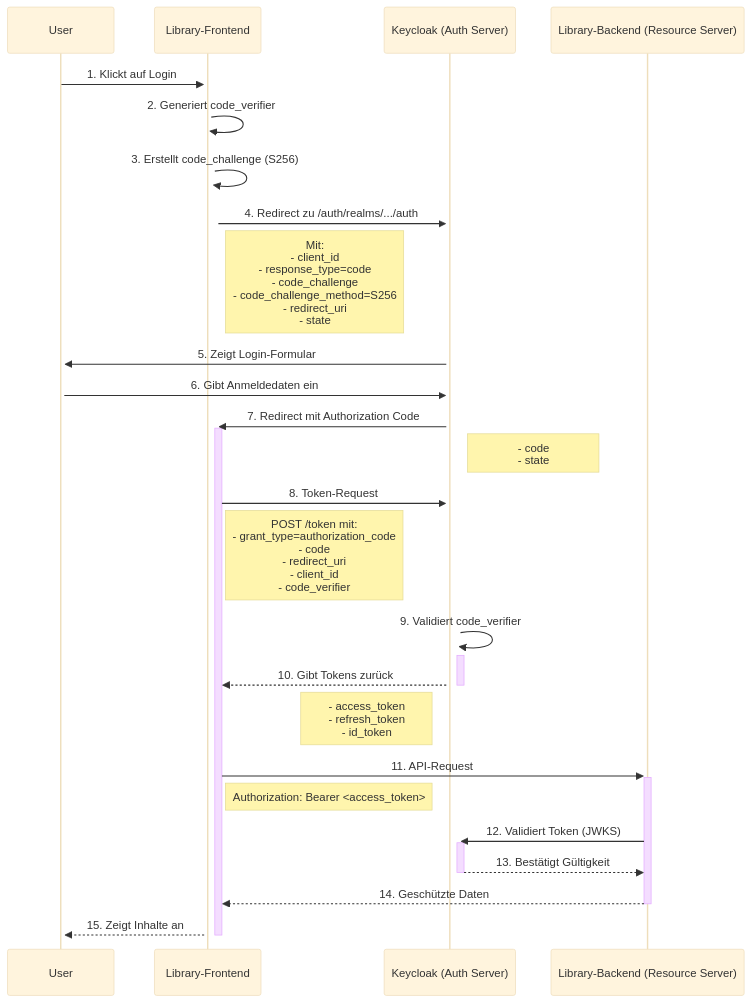
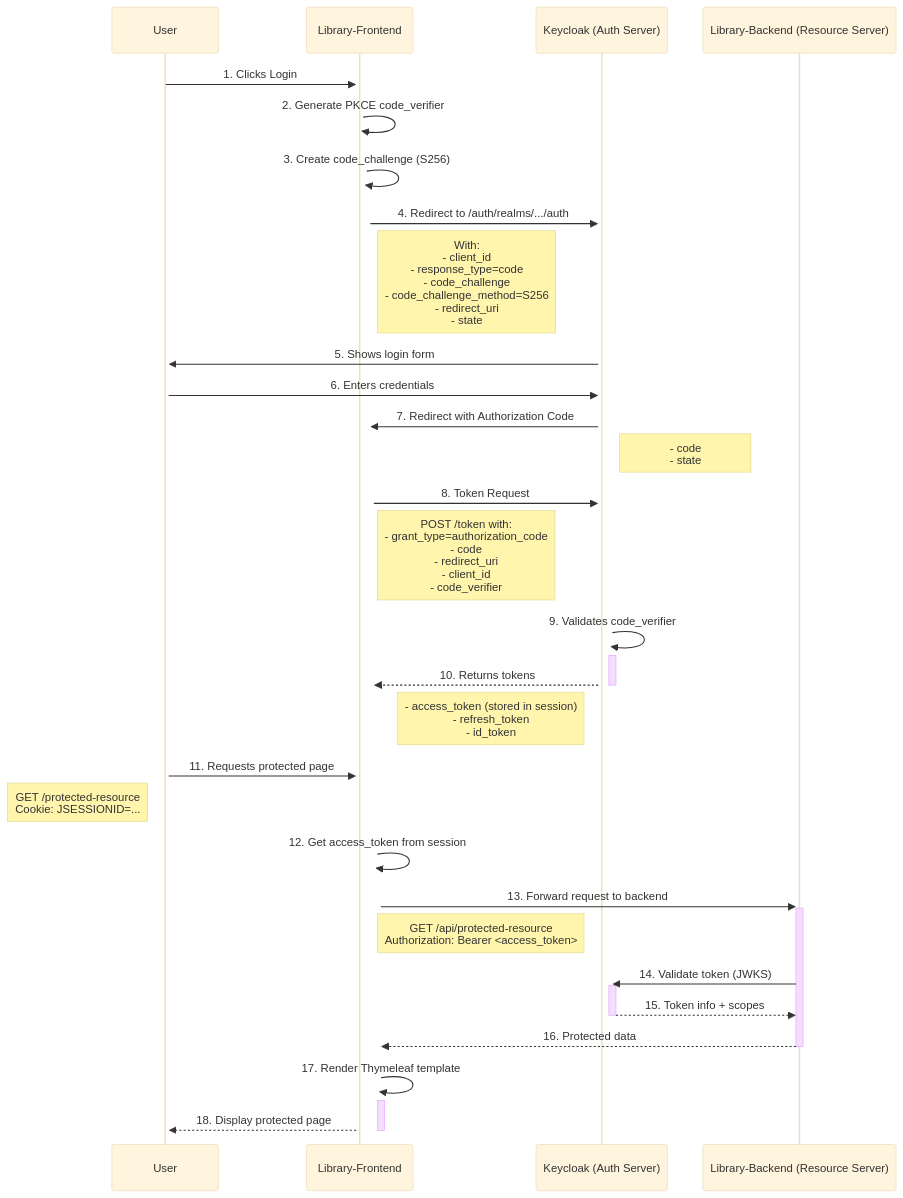
The second of 2 diagrams in README.md (kergru/library-reactive), drawn with Mermaid (base theme) before and after one commit.

````diff
--- a/README.md
+++ b/README.md
@@ -96,35 +96,42 @@
 ```mermaid
 sequenceDiagram
     participant User
     participant Frontend as Library-Frontend
     participant Auth as Keycloak (Auth Server)
     participant Backend as Library-Backend (Resource Server)
 
-    User->>+Frontend: 1. Klickt auf Login
-    Frontend->>+Frontend: 2. Generiert code_verifier
-    Frontend->>+Frontend: 3. Erstellt code_challenge (S256)
+%% 1. Login Flow (handled entirely in Frontend)
+    User->>+Frontend: 1. Clicks Login
+    Frontend->>+Frontend: 2. Generate PKCE code_verifier
+    Frontend->>+Frontend: 3. Create code_challenge (S256)
 
-    Frontend->>+Auth: 4. Redirect zu /auth/realms/.../auth
-    Note right of Frontend: Mit:<br>- client_id<br>- response_type=code<br>- code_challenge<br>- code_challenge_method=S256<br>- redirect_uri<br>- state
+    Frontend->>+Auth: 4. Redirect to /auth/realms/.../auth
+    Note right of Frontend: With:<br>- client_id<br>- response_type=code<br>- code_challenge<br>- code_challenge_method=S256<br>- redirect_uri<br>- state
 
-    Auth->>+User: 5. Zeigt Login-Formular
-    User->>+Auth: 6. Gibt Anmeldedaten ein
-    Auth->>+Frontend: 7. Redirect mit Authorization Code
+    Auth->>+User: 5. Shows login form
+    User->>+Auth: 6. Enters credentials
+    Auth->>+Frontend: 7. Redirect with Authorization Code
     Note right of Auth: - code<br>- state
 
-    Frontend->>+Auth: 8. Token-Request
-    Note right of Frontend: POST /token mit:<br>- grant_type=authorization_code<br>- code<br>- redirect_uri<br>- client_id<br>- code_verifier
+    Frontend->>+Auth: 8. Token Request
+    Note right of Frontend: POST /token with:<br>- grant_type=authorization_code<br>- code<br>- redirect_uri<br>- client_id<br>- code_verifier
 
-    Auth->>+Auth: 9. Validiert code_verifier
-    Auth-->>-Frontend: 10. Gibt Tokens zurück
-    Note left of Auth: - access_token<br>- refresh_token<br>- id_token
+    Auth->>+Auth: 9. Validates code_verifier
+    Auth-->>-Frontend: 10. Returns tokens
+    Note left of Auth: - access_token (stored in session)<br>- refresh_token<br>- id_token
 
-    Frontend->>+Backend: 11. API-Request
-    Note right of Frontend: Authorization: Bearer <access_token>
+%% 2. Protected Resource Access
+    User->>+Frontend: 11. Requests protected page
+    Note left of User: GET /protected-resource<br>Cookie: JSESSIONID=...
 
-    Backend->>+Auth: 12. Validiert Token (JWKS)
-    Auth-->>-Backend: 13. Bestätigt Gültigkeit
+    Frontend->>+Frontend: 12. Get access_token from session
+    Frontend->>+Backend: 13. Forward request to backend
+    Note right of Frontend: GET /api/protected-resource<br>Authorization: Bearer <access_token>
 
-    Backend-->>-Frontend: 14. Geschützte Daten
-    Frontend-->>-User: 15. Zeigt Inhalte an
+    Backend->>+Auth: 14. Validate token (JWKS)
+    Auth-->>-Backend: 15. Token info + scopes
+
+    Backend-->>-Frontend: 16. Protected data
+    Frontend->>+Frontend: 17. Render Thymeleaf template
+    Frontend-->>-User: 18. Display protected page
 ```
````
